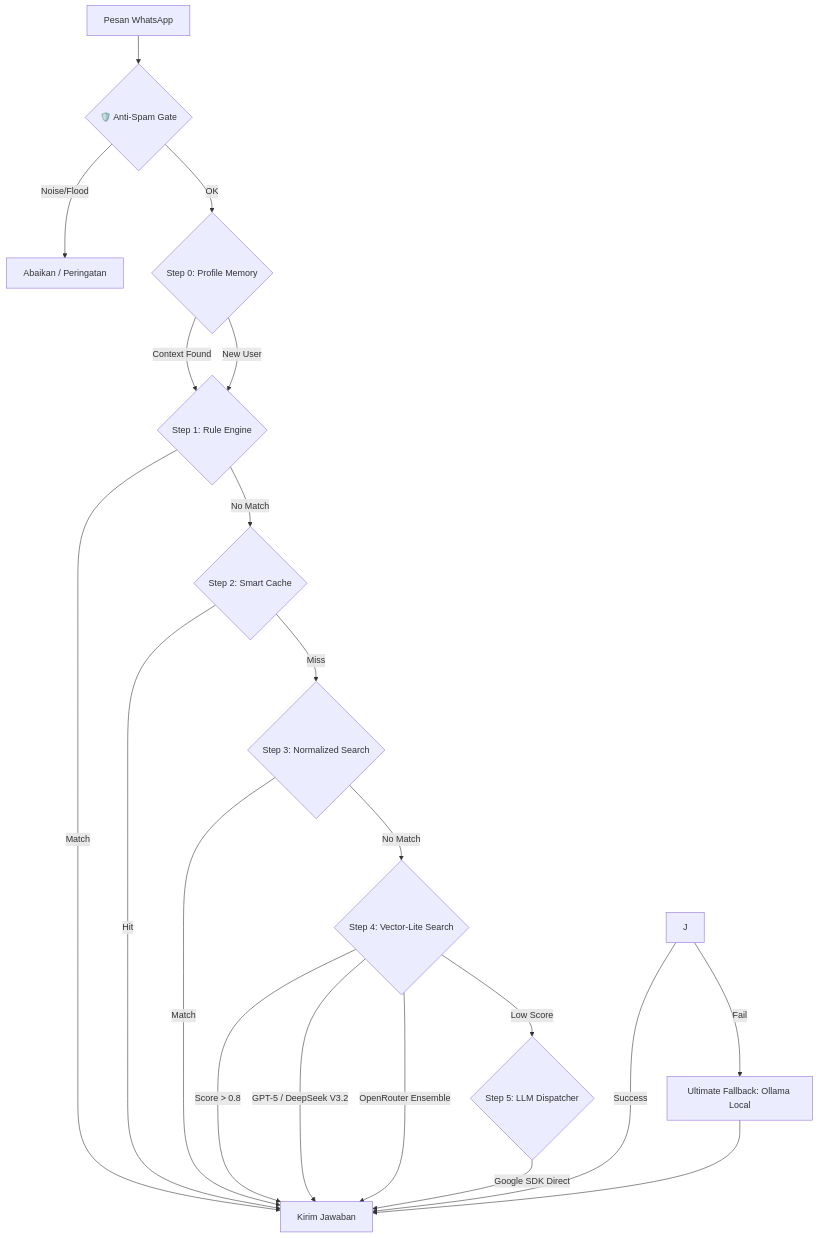
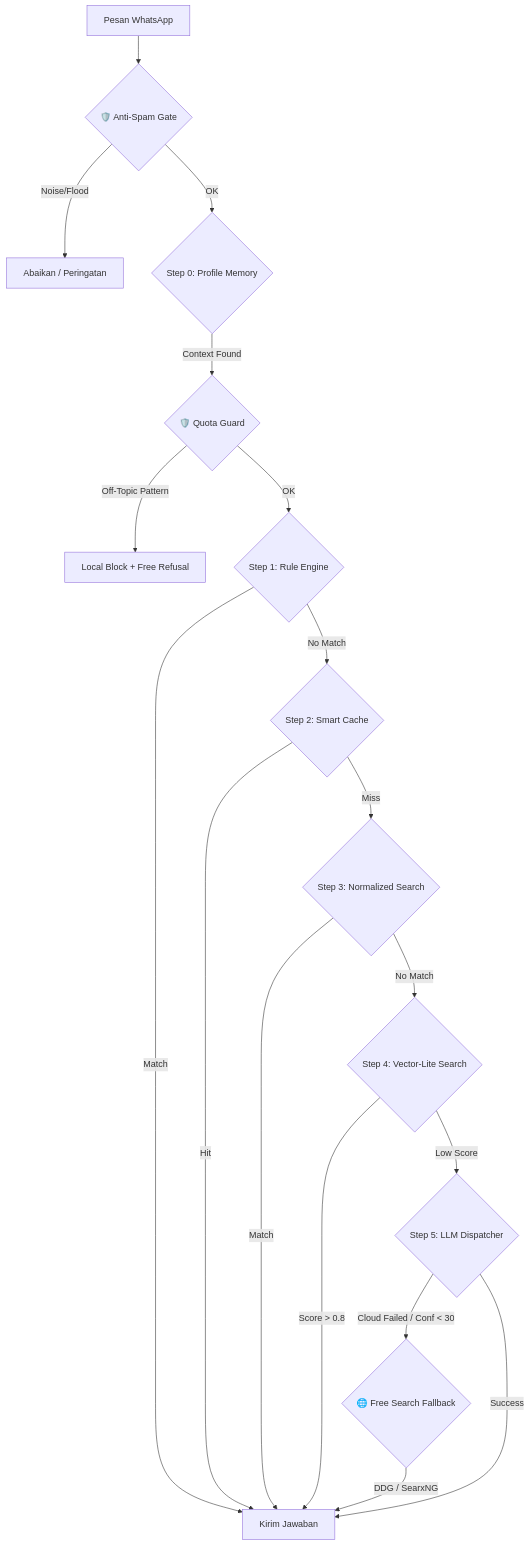
The diagram in ReadMeForDevs.md (malikamrullah131/ImiBot), drawn with Mermaid before and after one commit. The commit also changed other lines of this file and 22 other files, not shown here.

````diff
--- a/ReadMeForDevs.md
+++ b/ReadMeForDevs.md
@@ -13,21 +13,20 @@
 ```mermaid
 graph TD
     A[Pesan WhatsApp] --> B{🛡️ Anti-Spam Gate}
     B -- Noise/Flood --> Z[Abaikan / Peringatan]
     B -- OK --> C{Step 0: Profile Memory}
-    C -- Context Found --> D{Step 1: Rule Engine}
-    C -- New User --> D
-    D -- Match --> E[Kirim Jawaban]
-    D -- No Match --> F{Step 2: Smart Cache}
+    C -- Context Found --> D{🛡️ Quota Guard}
+    D -- Off-Topic Pattern --> E1[Local Block + Free Refusal]
+    D -- OK --> D1{Step 1: Rule Engine}
+    D1 -- Match --> E[Kirim Jawaban]
+    D1 -- No Match --> F{Step 2: Smart Cache}
     F -- Hit --> E
     F -- Miss --> G{Step 3: Normalized Search}
     G -- Match --> E
     G -- No Match --> H{Step 4: Vector-Lite Search}
     H -- Score > 0.8 --> E
     H -- Low Score --> I{Step 5: LLM Dispatcher}
-    H -- GPT-5 / DeepSeek V3.2 --> E
-    H -- OpenRouter Ensemble --> E
-    I -- Google SDK Direct --> E
-    J -- Success --> E
-    J -- Fail --> K[Ultimate Fallback: Ollama Local] --> E
+    I -- Cloud Failed / Conf < 30 --> J{🌐 Free Search Fallback}
+    J -- DDG / SearxNG --> E
+    I -- Success --> E
 ```
````
